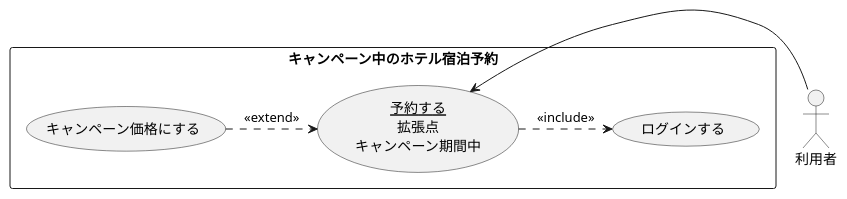
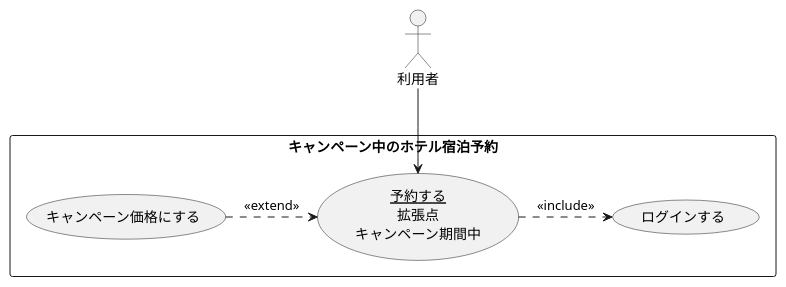
Before and after one commit to minowa-s/uml-intro: the diagram in 演習/演習2-4_キャンペーン中のホテル宿泊予約.pu, drawn with PlantUML.

Commit message:
編集

```diff
--- a/演習/演習2-4_キャンペーン中のホテル宿泊予約.pu
+++ b/演習/演習2-4_キャンペーン中のホテル宿泊予約.pu
@@ -1,11 +1,14 @@
 @startuml ユースケース図
+
 actor 利用者
     rectangle キャンペーン中のホテル宿泊予約{
         usecase ログインする
         usecase (<u>予約する</u>\n拡張点\nキャンペーン期間中) as input
         usecase キャンペーン価格にする
     }
+     
     (キャンペーン価格にする) .>input : <<extend>>
+    利用者  --> input
     input .> ログインする : << include >>
-    利用者  -> input
+   
     @enduml
```
